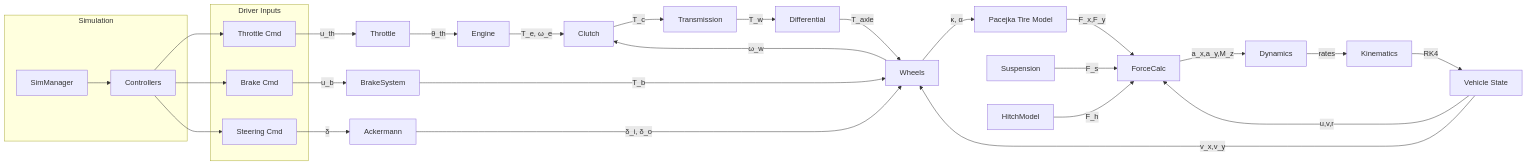
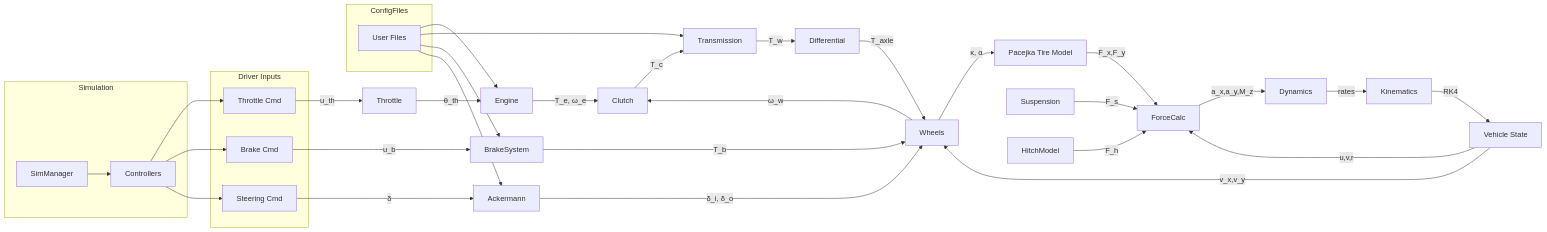
Before and after one commit to MelkorBalrog/VDSS---Vehicle-Dynamics-Safety-Simulator: diagram 13 of 27 in README.md, drawn with Mermaid. The commit also changed other lines of this file, not shown here.

Commit message:
Document configuration files and update diagrams

````diff
--- a/README.md
+++ b/README.md
@@ -360,34 +386,41 @@
 ```mermaid
 flowchart LR
   subgraph Simulation
     SimManager --> Controllers
+  end
+  subgraph ConfigFiles
+    cfg[User Files]
   end
   subgraph Driver Inputs
     th[Throttle Cmd]
     br[Brake Cmd]
     st[Steering Cmd]
   end
   Controllers --> th
   Controllers --> br
   Controllers --> st
   th -->|"u_th"| Throttle
   Throttle -->|"θ_th"| Engine
+  cfg --> Engine
   Engine -->|"T_e, ω_e"| Clutch
   Wheels -->|"ω_w"| Clutch
   Clutch -->|"T_c"| Transmission
+  cfg --> Transmission
   Transmission -->|"T_w"| Differential
   Differential -->|"T_axle"| Wheels
   br -->|"u_b"| BrakeSystem
+  cfg --> BrakeSystem
   BrakeSystem -->|"T_b"| Wheels
   st -->|"δ"| Ackermann
+  cfg --> Ackermann
   Ackermann -->|"δ_i, δ_o"| Wheels
   Wheels -->|"κ, α"| Pacejka[Pacejka Tire Model]
   Pacejka -->|"F_x,F_y"| ForceCalc
   Suspension -->|"F_s"| ForceCalc
   HitchModel -->|"F_h"| ForceCalc
   ForceCalc -->|"a_x,a_y,M_z"| Dynamics
   Dynamics -->|"rates"| Kinematics
   Kinematics -->|"RK4"| Motion[Vehicle State]
   Motion -->|"u,v,r"| ForceCalc
   Motion -->|"v_x,v_y"| Wheels
 ```
````
